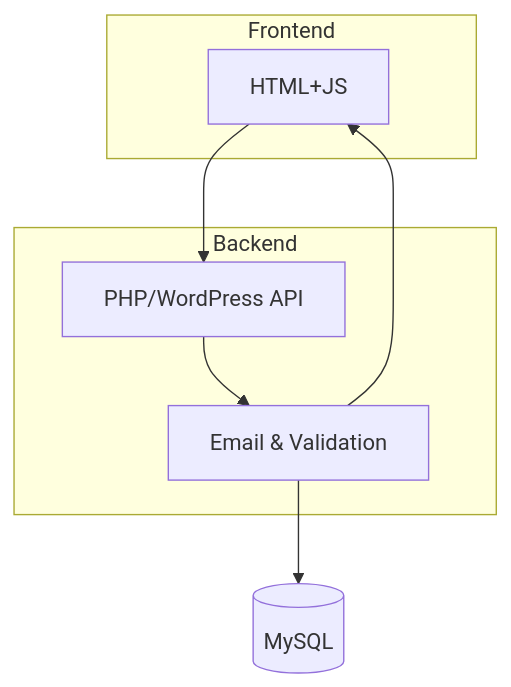
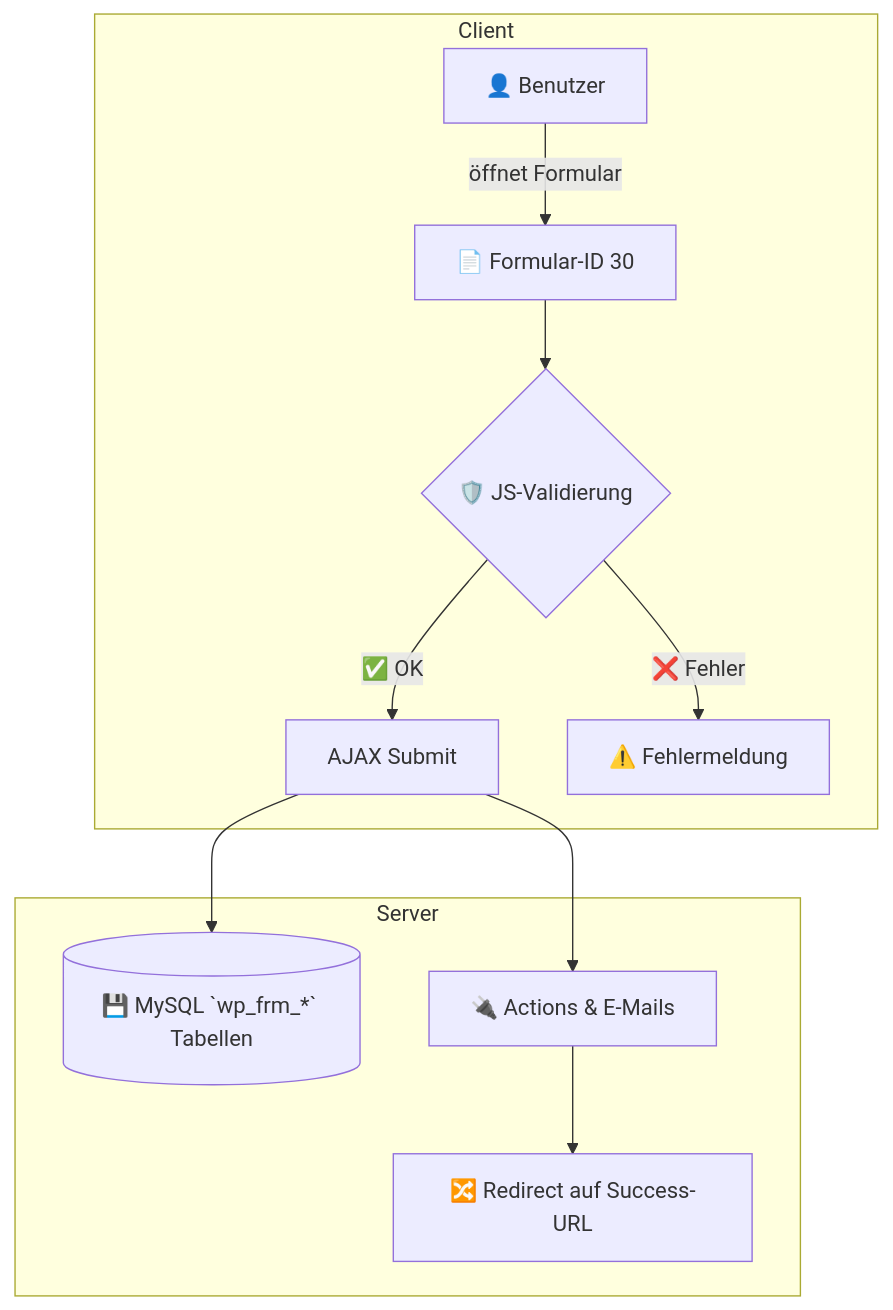
One commit to erzisolutions/GLOBL-CONTACT changed the diagram in Klicktool WFM – Abwesenheiten (Formular‑ID 30).MD. Above: the diagram before and after it, drawn with Mermaid. The commit also changed other lines of this file, not shown here.

Commit message:
Update Klicktool WFM – Abwesenheiten (Formular‑ID 30).MD

````diff
--- a/Klicktool WFM – Abwesenheiten (Formular‑ID 30).MD
+++ b/Klicktool WFM – Abwesenheiten (Formular‑ID 30).MD
@@ -249,15 +104,15 @@
 ```mermaid
 flowchart TB
-    subgraph Frontend
-      UI[HTML+JS]
-    end
-    subgraph Backend
-      API[PHP/WordPress API]
-      Logic[Email & Validation]
-    end
-    DB[(MySQL)]
-    UI --> API
-    API --> Logic
-    Logic --> DB
-    Logic --> UI
+  subgraph Client
+    U[👤 Benutzer] -->|öffnet Formular| F[📄 Formular-ID 30]
+    F --> V{🛡️ JS-Validierung}
+    V -->|✅ OK| A[AJAX Submit]
+    V -->|❌ Fehler| E[⚠️ Fehlermeldung]
+  end
+
+  subgraph Server
+    A --> DB[(💾 MySQL `wp_frm_*` Tabellen)]
+    A --> Hooks[🔌 Actions & E-Mails]
+    Hooks --> Redirect[🔀 Redirect auf Success-URL]
+  end
 ```
````
